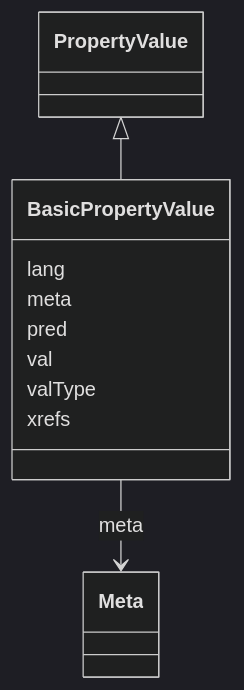
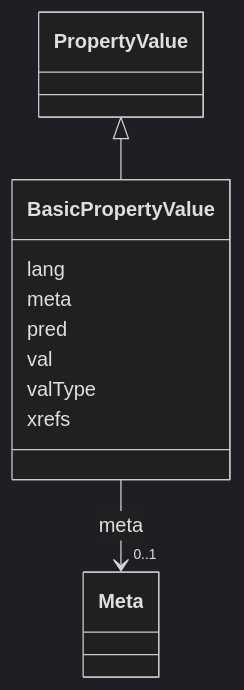
One commit to INCATools/ontology-access-kit changed the diagram in obograph/BasicPropertyValue.md. Above: the diagram before and after it, drawn with Mermaid (dark theme). The commit also changed other lines of this file and 3329 other files, not shown here.

````diff
--- a/obograph/BasicPropertyValue.md
+++ b/obograph/BasicPropertyValue.md
@@ -17,21 +19,28 @@
 ```{mermaid}
  classDiagram
     class BasicPropertyValue
+    click BasicPropertyValue href "../BasicPropertyValue"
       PropertyValue <|-- BasicPropertyValue
+        click PropertyValue href "../PropertyValue"
       
       BasicPropertyValue : lang
         
       BasicPropertyValue : meta
         
-          BasicPropertyValue --> Meta : meta
+          
+    
+    
+    BasicPropertyValue --> "0..1" Meta : meta
+    click Meta href "../Meta"
+
         
       BasicPropertyValue : pred
         
       BasicPropertyValue : val
         
       BasicPropertyValue : valType
         
       BasicPropertyValue : xrefs
         
       
 ```
````
